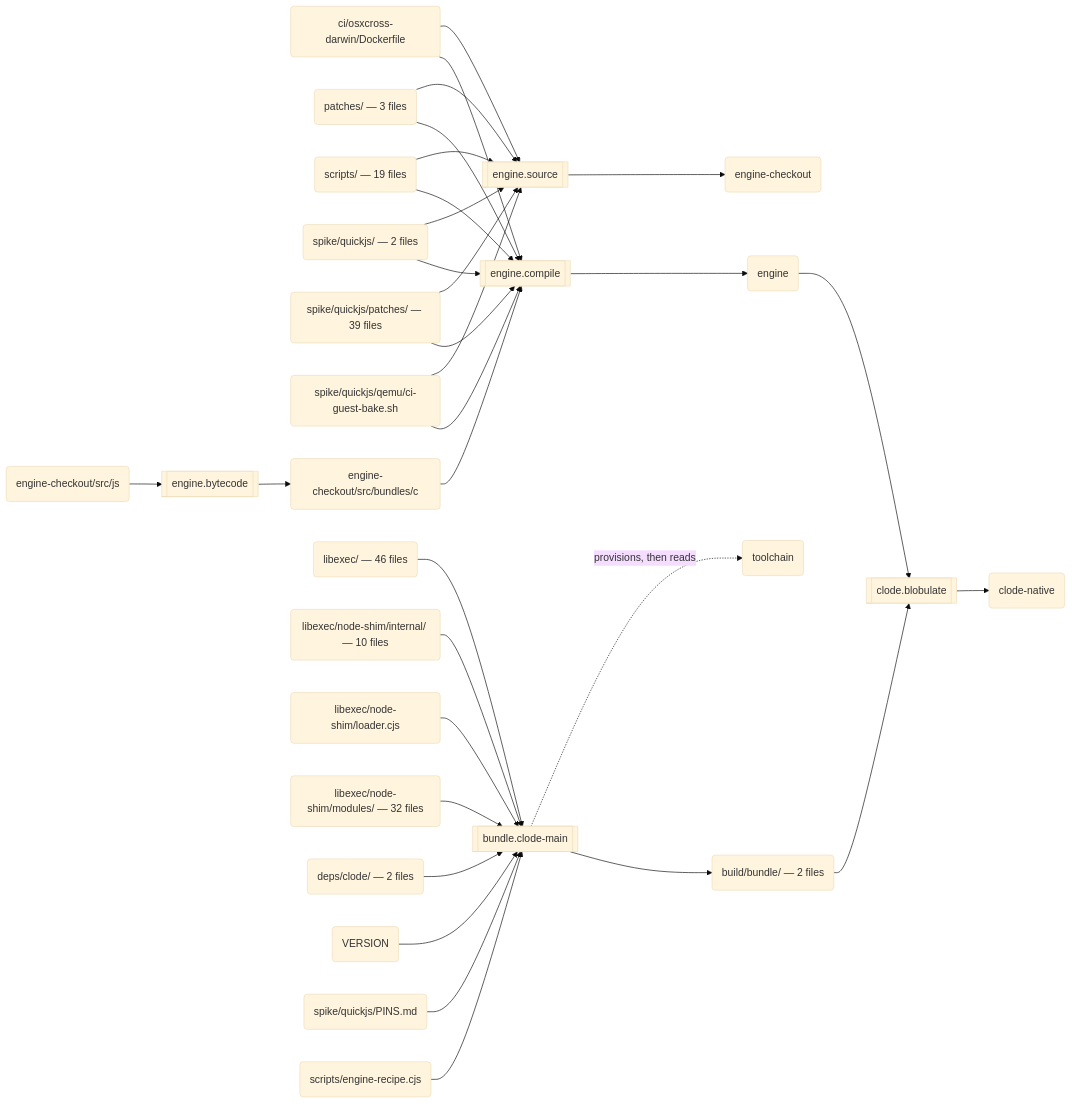
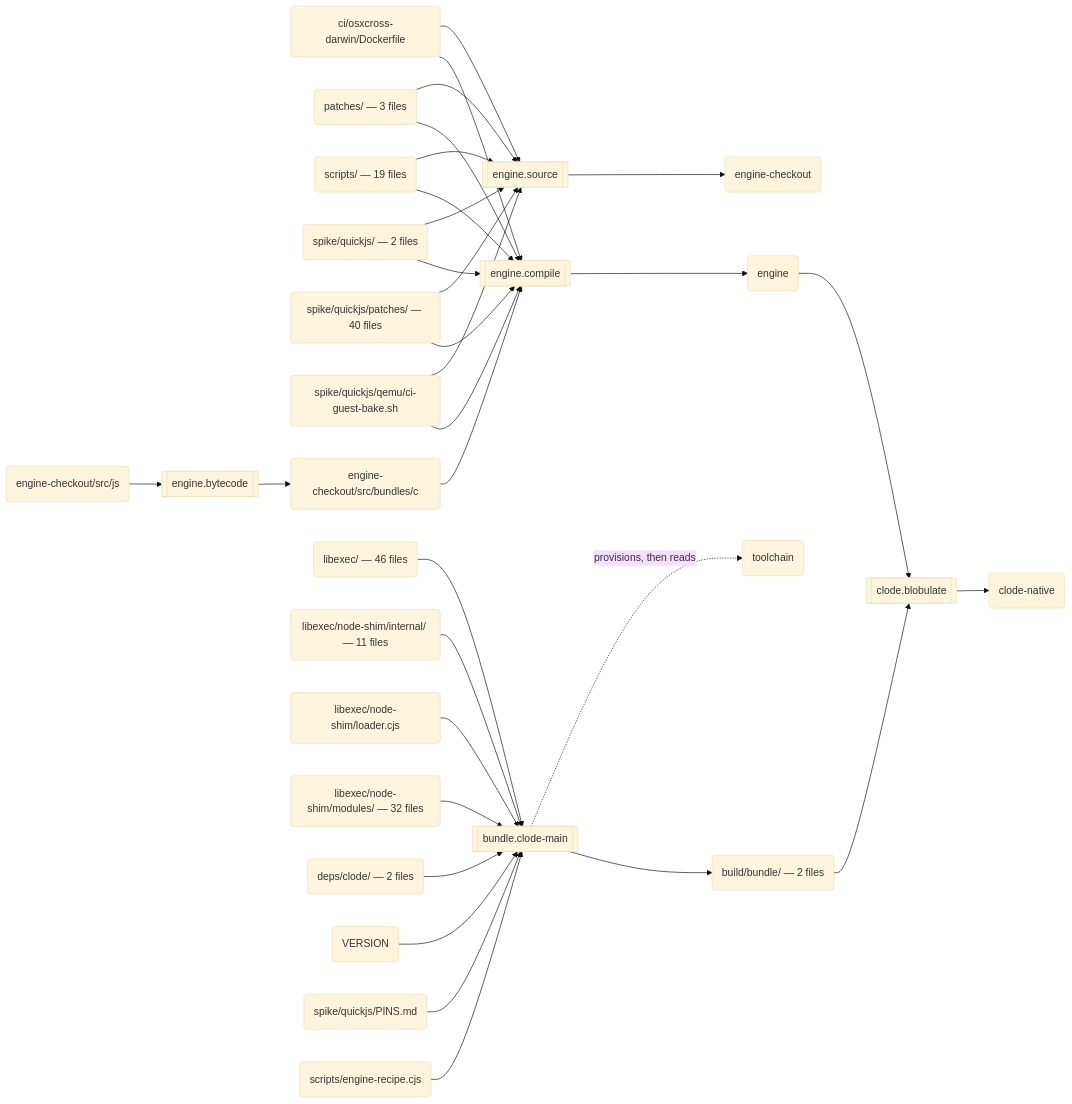
Before and after one commit to schmonz/clode: the second of 3 diagrams in docs/build.md, drawn with Mermaid (base theme). The commit also changed other lines of this file and 5 other files, not shown here.

First line of the commit message:
fix(node-shim): crypto.X509Certificate, as node parses a certificate

````diff
--- a/docs/build.md
+++ b/docs/build.md
@@ -123,59 +123,59 @@
 ```mermaid
 flowchart LR
   s0[["engine.source"]]
   a0("ci/osxcross-darwin/Dockerfile")
   a1("patches/ — 3 files")
   a2("scripts/ — 19 files")
   a3("spike/quickjs/ — 2 files")
-  a4("spike/quickjs/patches/ — 39 files")
+  a4("spike/quickjs/patches/ — 40 files")
   a5("spike/quickjs/qemu/ci-guest-bake.sh")
   a6("engine-checkout")
   s1[["engine.bytecode"]]
   a7("engine-checkout/src/js")
   a8("engine-checkout/src/bundles/c")
   s2[["engine.compile"]]
   a9("engine")
   s3[["bundle.clode-main"]]
   a10("libexec/ — 46 files")
-  a11("libexec/node-shim/internal/ — 10 files")
+  a11("libexec/node-shim/internal/ — 11 files")
   a12("libexec/node-shim/loader.cjs")
   a13("libexec/node-shim/modules/ — 32 files")
   a14("deps/clode/ — 2 files")
   a15("VERSION")
   a16("spike/quickjs/PINS.md")
   a17("scripts/engine-recipe.cjs")
   a18("toolchain")
   a19("build/bundle/ — 2 files")
   s4[["clode.blobulate"]]
   a20("clode-native")
   a0 --> s0
   a1 --> s0
   a2 --> s0
   a3 --> s0
   a4 --> s0
   a5 --> s0
   s0 --> a6
   a7 --> s1
   s1 --> a8
   a8 --> s2
   a0 --> s2
   a1 --> s2
   a2 --> s2
   a3 --> s2
   a4 --> s2
   a5 --> s2
   s2 --> a9
   a10 --> s3
   a11 --> s3
   a12 --> s3
   a13 --> s3
   a14 --> s3
   a15 --> s3
   a16 --> s3
   a17 --> s3
   s3 -.->|"provisions, then reads"| a18
   s3 --> a19
   a9 --> s4
   a19 --> s4
   s4 --> a20
 ```
````
